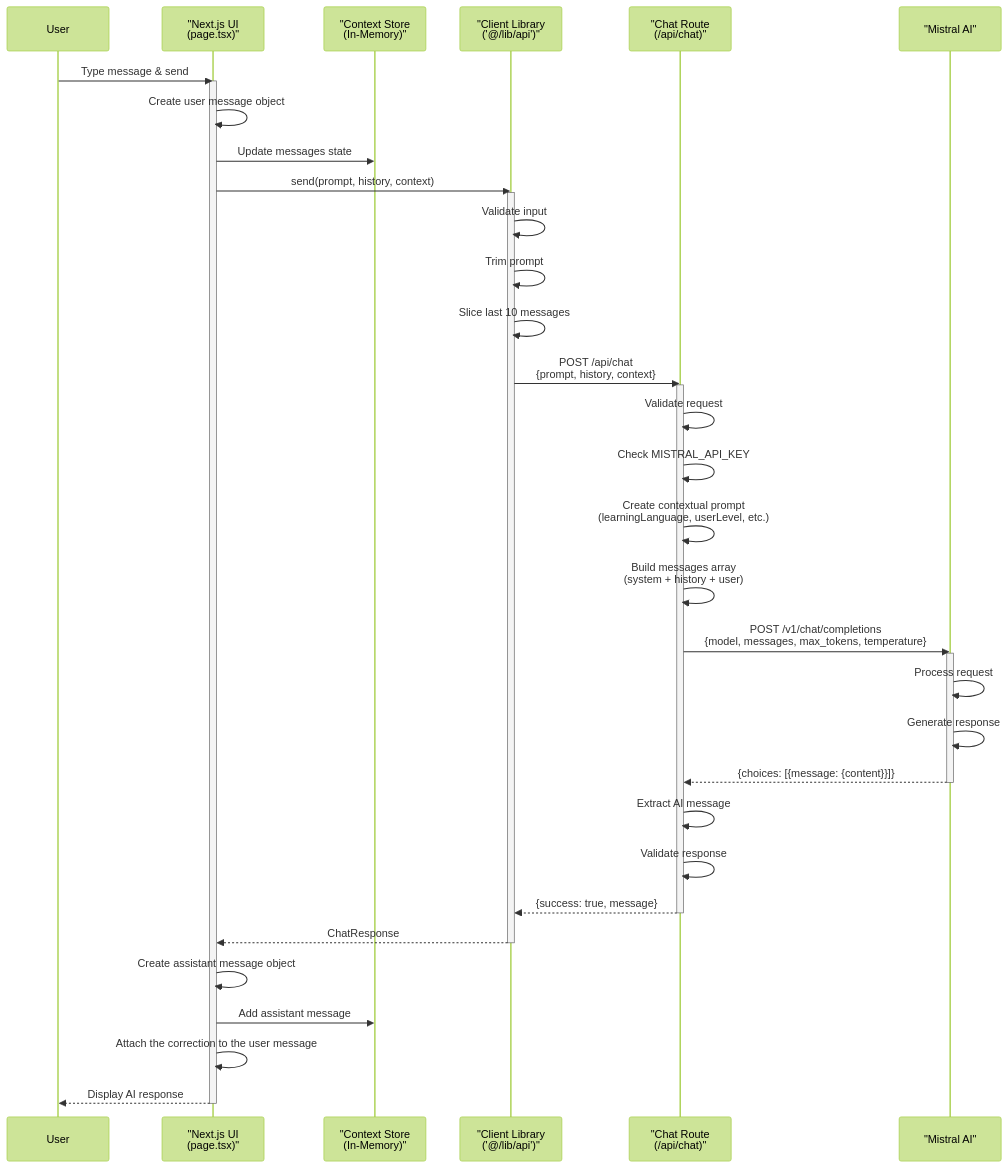
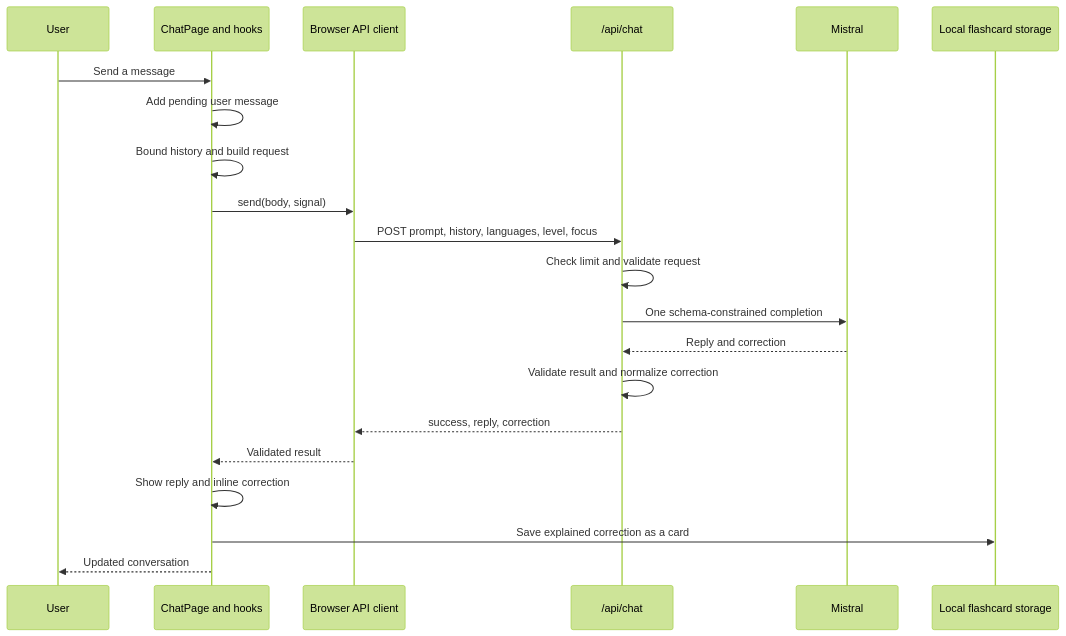
The third of 5 diagrams in README.md (Yvesei/LangBot), drawn with Mermaid (forest theme) before and after one commit. The commit also changed other lines of this file, not shown here.

````diff
--- a/README.md
+++ b/README.md
@@ -274,57 +335,24 @@
 ```mermaid
 sequenceDiagram
-  %% Language Learning Chatbot - Main Chat Flow
-  participant User as User
-  participant UI as "Next.js UI<br>(page.tsx)"
-  participant Context as "Context Store<br>(In-Memory)"
-  participant ClientLib as "Client Library<br>('@/lib/api')"
-  participant ChatAPI as "Chat Route<br>(/api/chat)"
-  participant Mistral as "Mistral AI"
+    participant User
+    participant UI as ChatPage and hooks
+    participant Client as Browser API client
+    participant API as /api/chat
+    participant Mistral
+    participant Storage as Local flashcard storage
 
-  User->>UI: Type message & send
-  activate UI
-
-  UI->>UI: Create user message object
-  UI->>Context: Update messages state
-
-  UI->>ClientLib: send(prompt, history, context)
-  activate ClientLib
-
-  ClientLib->>ClientLib: Validate input
-  ClientLib->>ClientLib: Trim prompt
-  ClientLib->>ClientLib: Slice last 10 messages
-
-  ClientLib->>ChatAPI: POST /api/chat<br>{prompt, history, context}
-  activate ChatAPI
-
-  ChatAPI->>ChatAPI: Validate request
-  ChatAPI->>ChatAPI: Check MISTRAL_API_KEY
-
-  ChatAPI->>ChatAPI: Create contextual prompt<br>(learningLanguage, userLevel, etc.)
-  ChatAPI->>ChatAPI: Build messages array<br>(system + history + user)
-
-  ChatAPI->>Mistral: POST /v1/chat/completions<br>{model, messages, max_tokens, temperature}
-  activate Mistral
-
-  Mistral->>Mistral: Process request
-  Mistral->>Mistral: Generate response
-
-  Mistral-->>ChatAPI: {choices: [{message: {content}}]}
-  deactivate Mistral
-
-  ChatAPI->>ChatAPI: Extract AI message
-  ChatAPI->>ChatAPI: Validate response
-
-  ChatAPI-->>ClientLib: {success: true, message}
-  deactivate ChatAPI
-
-  ClientLib-->>UI: ChatResponse
-  deactivate ClientLib
-
-  UI->>UI: Create assistant message object
-  UI->>Context: Add assistant message
-  UI->>UI: Attach the correction to the user message
-
-  UI-->>User: Display AI response
-  deactivate UI
+    User->>UI: Send a message
+    UI->>UI: Add pending user message
+    UI->>UI: Bound history and build request
+    UI->>Client: send(body, signal)
+    Client->>API: POST prompt, history, languages, level, focus
+    API->>API: Check limit and validate request
+    API->>Mistral: One schema-constrained completion
+    Mistral-->>API: Reply and correction
+    API->>API: Validate result and normalize correction
+    API-->>Client: success, reply, correction
+    Client-->>UI: Validated result
+    UI->>UI: Show reply and inline correction
+    UI->>Storage: Save explained correction as a card
+    UI-->>User: Updated conversation
 ```
````
